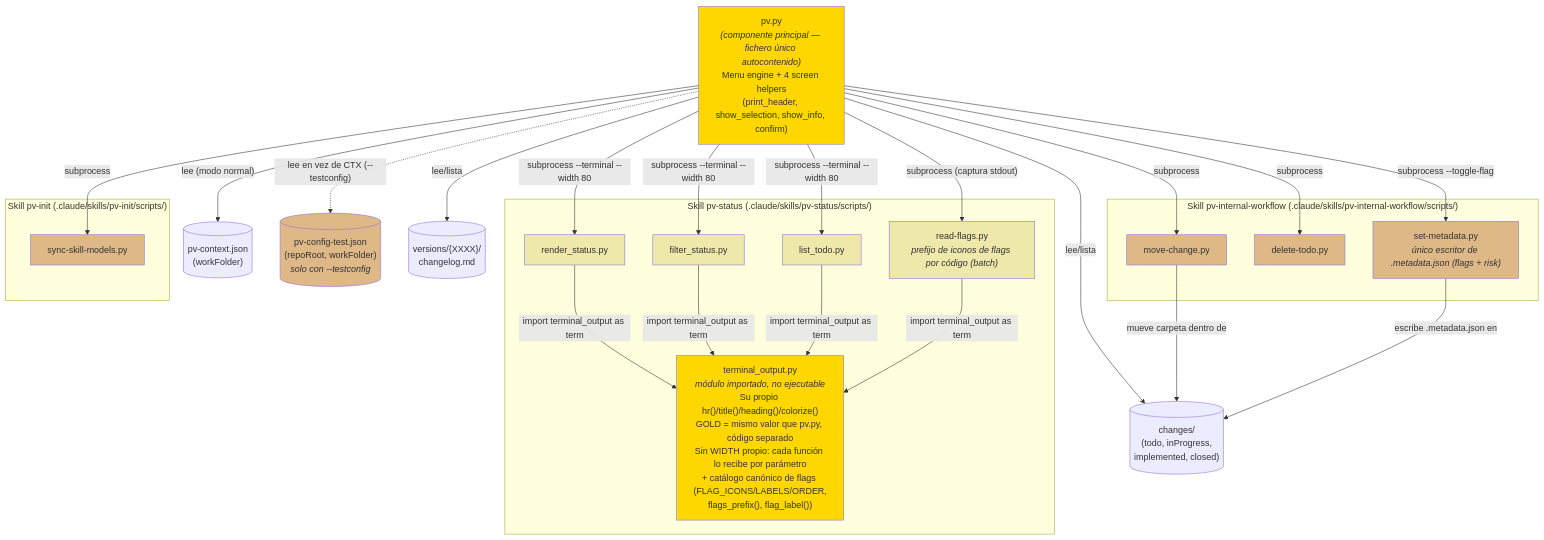
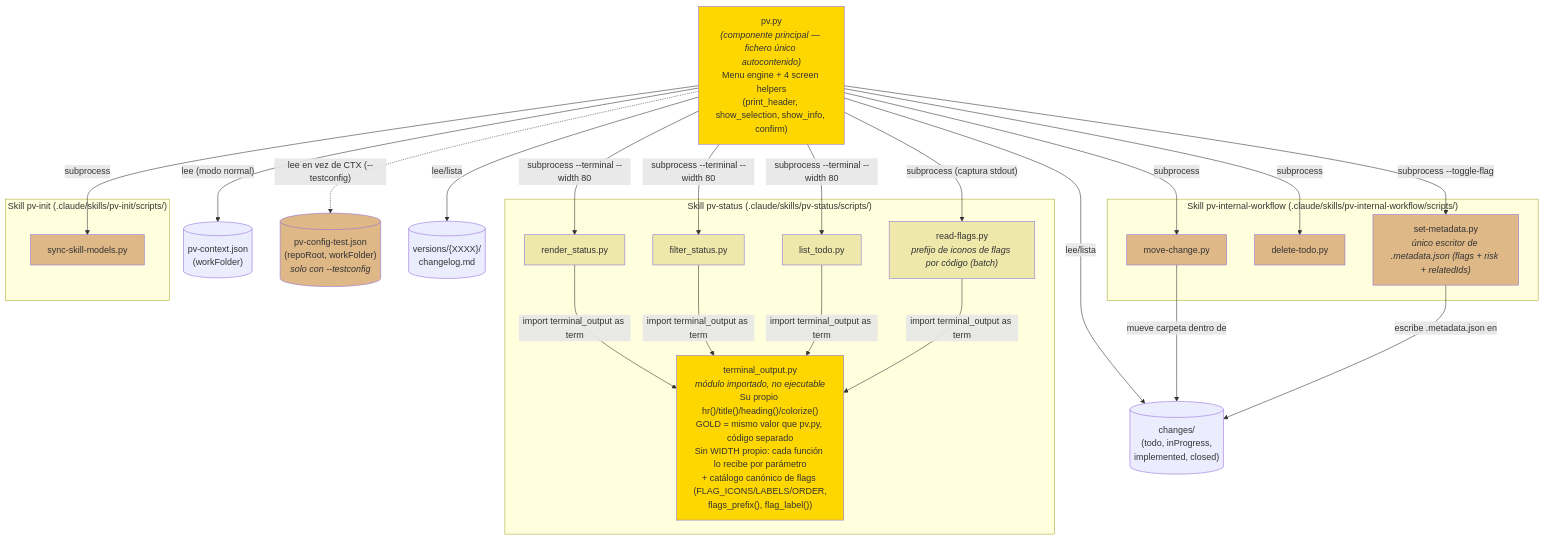
Before and after one commit to yeyopepe/previo-sdd: the second of 2 diagrams in .claude/pv-doc/pv-design-onescript/pv-design-onescript.es.md, drawn with Mermaid. The commit also changed other lines of this file and 15 other files, not shown here.

````diff
--- a/.claude/pv-doc/pv-design-onescript/pv-design-onescript.es.md
+++ b/.claude/pv-doc/pv-design-onescript/pv-design-onescript.es.md
@@ -203,60 +213,60 @@
 ```mermaid
 graph TD
     PV["pv.py<br/><i>(componente principal — fichero único autocontenido)</i><br/>Menu engine + 4 screen helpers<br/>(print_header, show_selection, show_info, confirm)"]
 
     subgraph SKILL_STATUS ["Skill pv-status (.claude/skills/pv-status/scripts/)"]
         TO["terminal_output.py<br/><i>módulo importado, no ejecutable</i><br/>Su propio hr()/title()/heading()/colorize()<br/>GOLD = mismo valor que pv.py, código separado<br/>Sin WIDTH propio: cada función lo recibe por parámetro<br/>+ catálogo canónico de flags (FLAG_ICONS/LABELS/ORDER,<br/>flags_prefix(), flag_label())"]
         RS["render_status.py"]
         FS["filter_status.py"]
         LT["list_todo.py"]
         RF["read-flags.py<br/><i>prefijo de iconos de flags por código (batch)</i>"]
 
         RS -->|import terminal_output as term| TO
         FS -->|import terminal_output as term| TO
         LT -->|import terminal_output as term| TO
         RF -->|import terminal_output as term| TO
     end
 
     subgraph SKILL_WORKFLOW ["Skill pv-internal-workflow (.claude/skills/pv-internal-workflow/scripts/)"]
         MC["move-change.py"]
         DT["delete-todo.py"]
-        SM["set-metadata.py<br/><i>único escritor de .metadata.json (flags + risk)</i>"]
+        SM["set-metadata.py<br/><i>único escritor de .metadata.json (flags + risk + relatedIds)</i>"]
     end
 
     subgraph SKILL_INIT ["Skill pv-init (.claude/skills/pv-init/scripts/)"]
         SSM["sync-skill-models.py"]
     end
 
     CTX[("pv-context.json<br/>(workFolder)")]
     TESTCFG[("pv-config-test.json<br/>(repoRoot, workFolder)<br/><i>solo con --testconfig</i>")]
     CHANGES[("changes/<br/>(todo, inProgress,<br/>implemented, closed)")]
     VERSIONS[("versions/{XXXX}/<br/>changelog.md")]
 
     PV -->|"subprocess --terminal --width 80"| RS
     PV -->|"subprocess --terminal --width 80"| FS
     PV -->|"subprocess --terminal --width 80"| LT
     PV -->|"subprocess (captura stdout)"| RF
     PV -->|"subprocess"| MC
     PV -->|"subprocess"| DT
     PV -->|"subprocess --toggle-flag"| SM
     PV -->|"subprocess"| SSM
 
     PV -->|"lee (modo normal)"| CTX
     PV -.->|"lee en vez de CTX (--testconfig)"| TESTCFG
     PV -->|lee/lista| CHANGES
     PV -->|lee/lista| VERSIONS
     MC -->|mueve carpeta dentro de| CHANGES
     SM -->|escribe .metadata.json en| CHANGES
 
     style PV fill:#FFD700
     style TO fill:#FFD700
     style RS fill:#EEE8AA
     style FS fill:#EEE8AA
     style LT fill:#EEE8AA
     style RF fill:#EEE8AA
     style MC fill:#DEB887
     style DT fill:#DEB887
     style SM fill:#DEB887
     style SSM fill:#DEB887
     style TESTCFG fill:#DEB887
 ```
````
